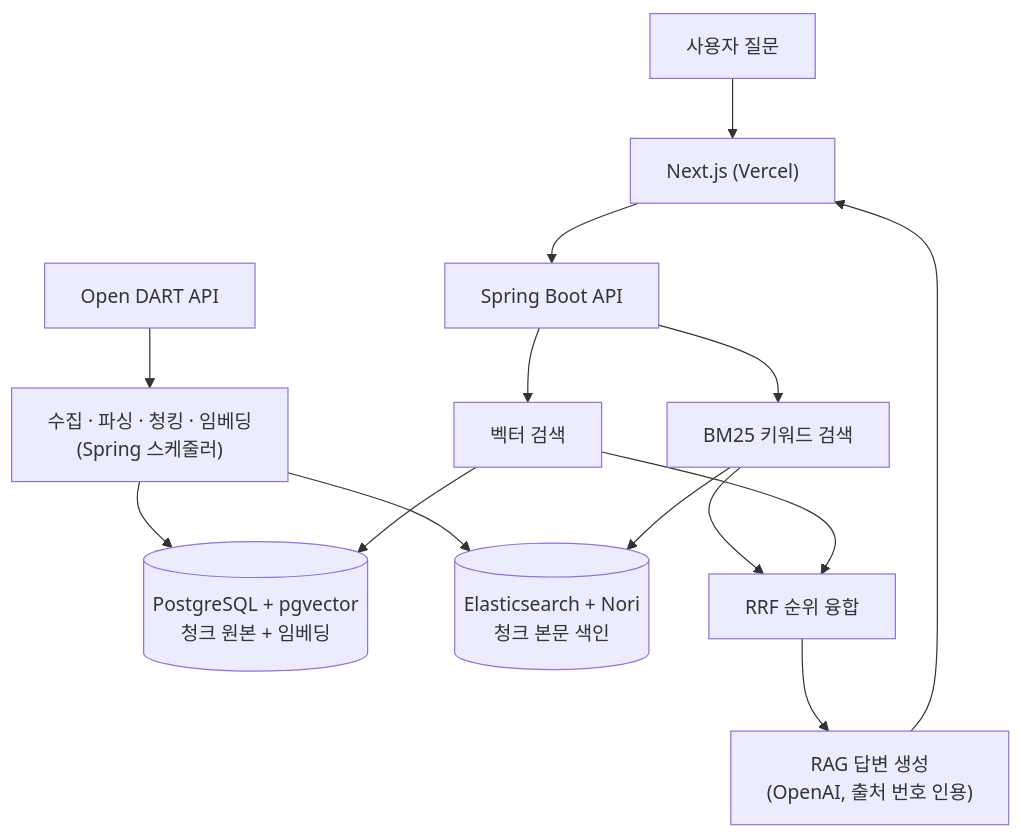
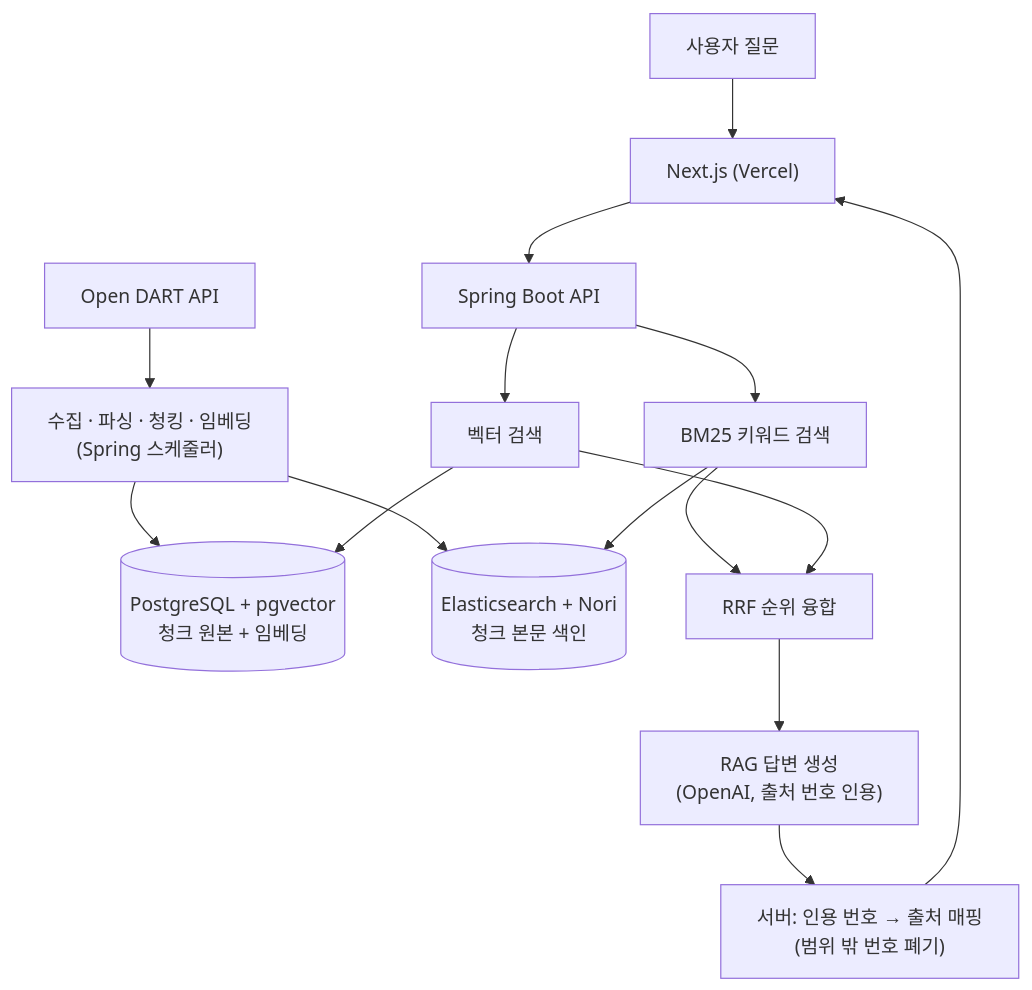
The diagram in README.md (juyoon0423/insight-stock), drawn with Mermaid before and after one commit. The commit also changed other lines of this file, not shown here.

````diff
--- a/README.md
+++ b/README.md
@@ -35,17 +50,18 @@
 ```mermaid
 flowchart TD
     DART[Open DART API] --> COLLECT["수집 · 파싱 · 청킹 · 임베딩<br/>(Spring 스케줄러)"]
     COLLECT --> PG[("PostgreSQL + pgvector<br/>청크 원본 + 임베딩")]
     COLLECT --> ES[("Elasticsearch + Nori<br/>청크 본문 색인")]
-
+ 
     Q[사용자 질문] --> FE["Next.js (Vercel)"]
     FE --> API[Spring Boot API]
     API --> BM25[BM25 키워드 검색]
     API --> VEC[벡터 검색]
     BM25 --> ES
     VEC --> PG
     BM25 --> RRF[RRF 순위 융합]
     VEC --> RRF
     RRF --> RAG["RAG 답변 생성<br/>(OpenAI, 출처 번호 인용)"]
-    RAG --> FE
+    RAG --> CITE["서버: 인용 번호 → 출처 매핑<br/>(범위 밖 번호 폐기)"]
+    CITE --> FE
 ```
````
